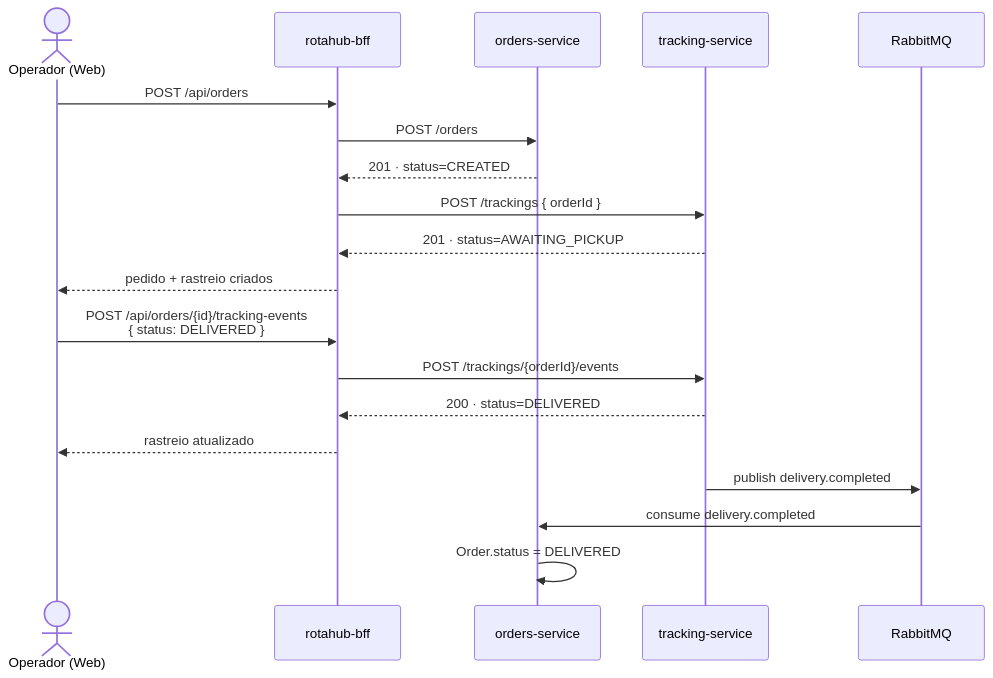
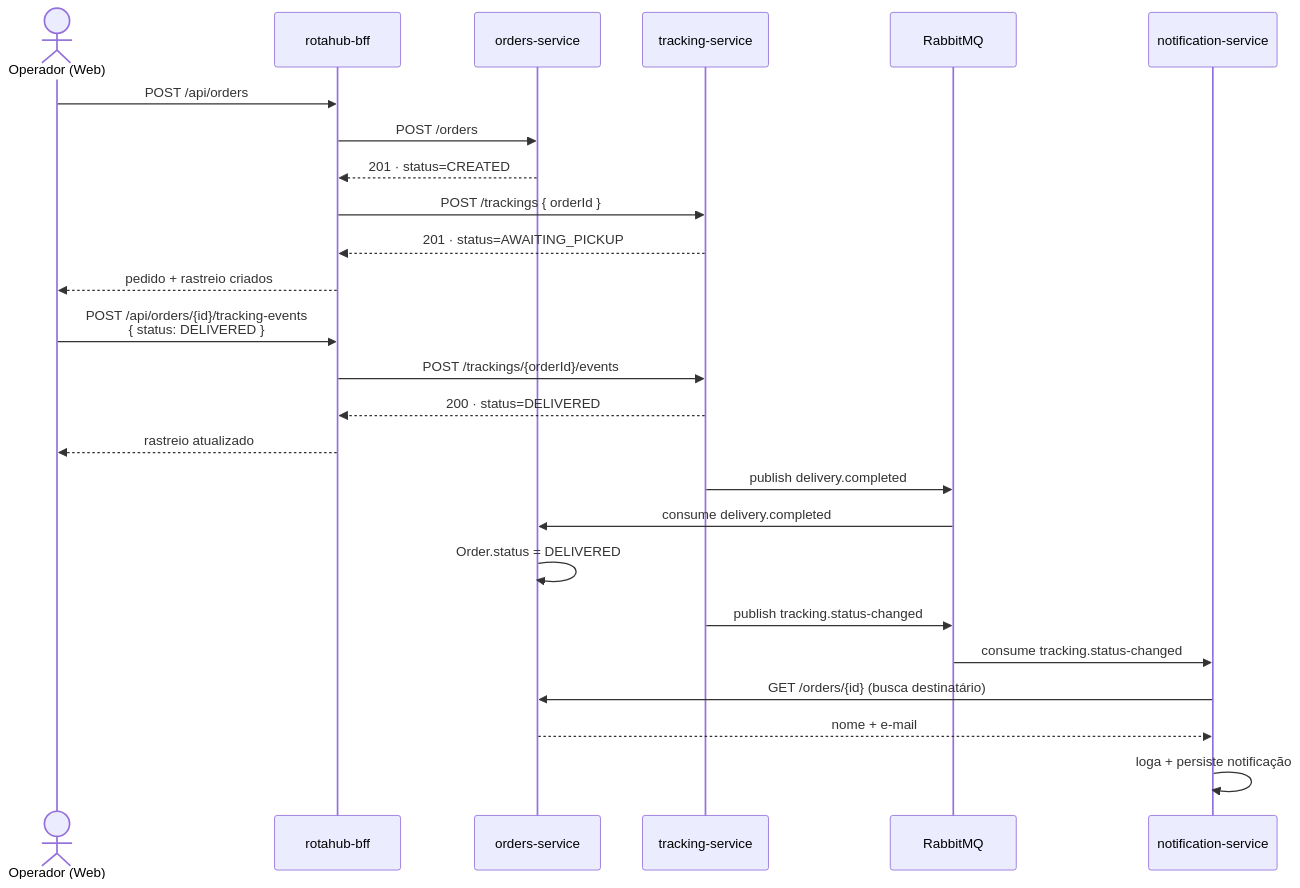
The second of 2 diagrams in README.md (ericsonscodeler/rotahub-infra), drawn with Mermaid before and after one commit. The commit also changed other lines of this file and 3 other files, not shown here.

First line of the commit message:
Document Notificações: notification-postgres, tracking.status-changed event, email field

````diff
--- a/README.md
+++ b/README.md
@@ -58,24 +69,31 @@
 ```mermaid
 sequenceDiagram
     actor Op as Operador (Web)
     participant BFF as rotahub-bff
     participant ORD as orders-service
     participant TRK as tracking-service
     participant MQ as RabbitMQ
+    participant NOT as notification-service
 
     Op->>BFF: POST /api/orders
     BFF->>ORD: POST /orders
     ORD-->>BFF: 201 · status=CREATED
     BFF->>TRK: POST /trackings { orderId }
     TRK-->>BFF: 201 · status=AWAITING_PICKUP
     BFF-->>Op: pedido + rastreio criados
 
     Op->>BFF: POST /api/orders/{id}/tracking-events<br/>{ status: DELIVERED }
     BFF->>TRK: POST /trackings/{orderId}/events
     TRK-->>BFF: 200 · status=DELIVERED
     BFF-->>Op: rastreio atualizado
 
     TRK->>MQ: publish delivery.completed
     MQ->>ORD: consume delivery.completed
     ORD->>ORD: Order.status = DELIVERED
+
+    TRK->>MQ: publish tracking.status-changed
+    MQ->>NOT: consume tracking.status-changed
+    NOT->>ORD: GET /orders/{id} (busca destinatário)
+    ORD-->>NOT: nome + e-mail
+    NOT->>NOT: loga + persiste notificação
 ```
````
